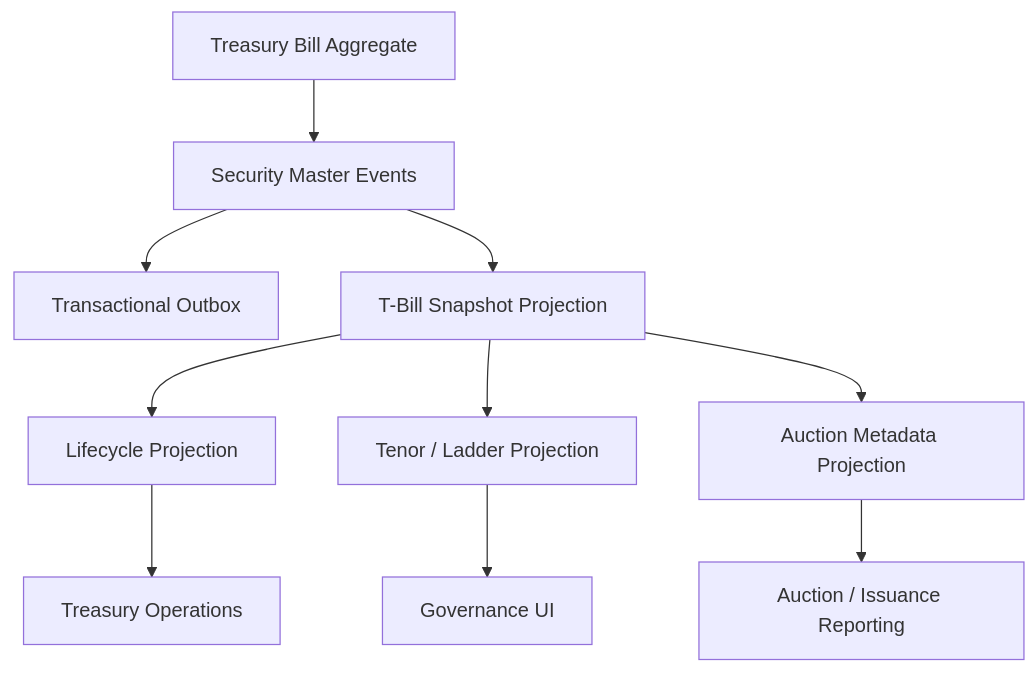
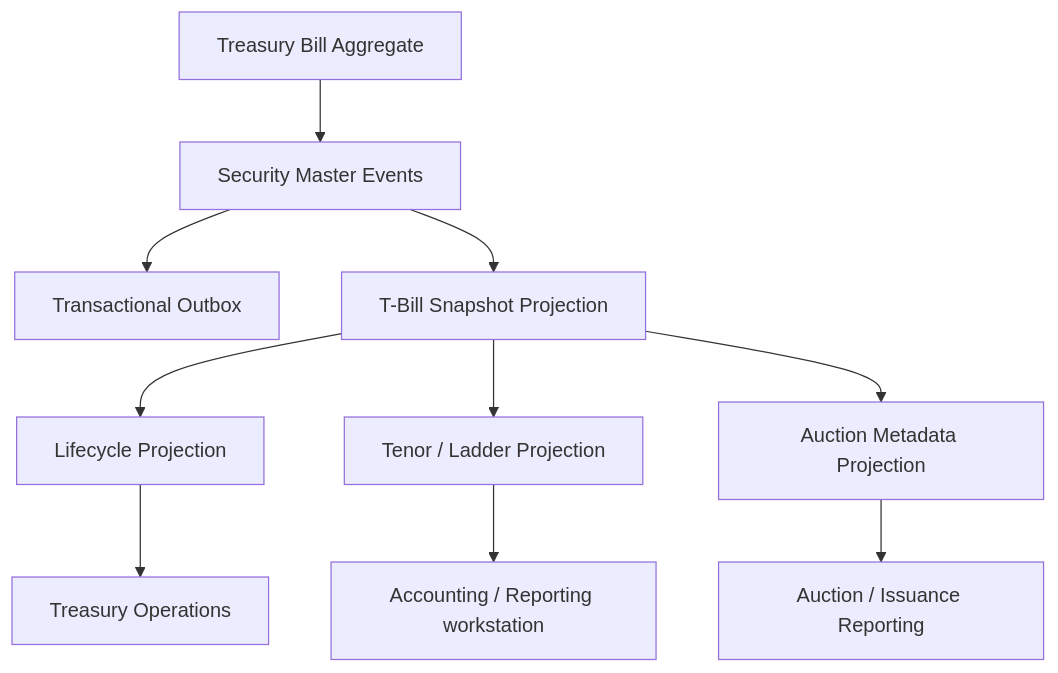
Before and after one commit to rodoHasArrived/Meridian-main: the diagram in docs/plans/ufl-treasury-bill-target-state-v2.md, drawn with Mermaid. The commit also changed 51 other files, not shown here.

````diff
--- a/docs/plans/ufl-treasury-bill-target-state-v2.md
+++ b/docs/plans/ufl-treasury-bill-target-state-v2.md
@@ -59,14 +59,14 @@
 ```mermaid
 flowchart TD
     TBill["Treasury Bill Aggregate"] --> TBillEvents["Security Master Events"]
     TBillEvents --> Outbox["Transactional Outbox"]
     TBillEvents --> Snapshot["T-Bill Snapshot Projection"]
 
     Snapshot --> Lifecycle["Lifecycle Projection"]
     Snapshot --> Ladder["Tenor / Ladder Projection"]
     Snapshot --> Auction["Auction Metadata Projection"]
 
     Lifecycle --> Treasury["Treasury Operations"]
-    Ladder --> Governance["Governance UI"]
+    Ladder --> Governance["Accounting / Reporting workstation"]
     Auction --> Reporting["Auction / Issuance Reporting"]
 ```
````
